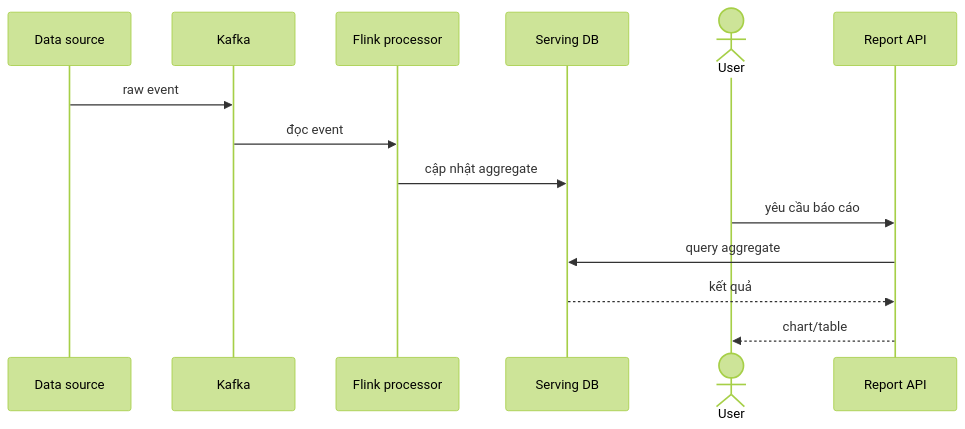
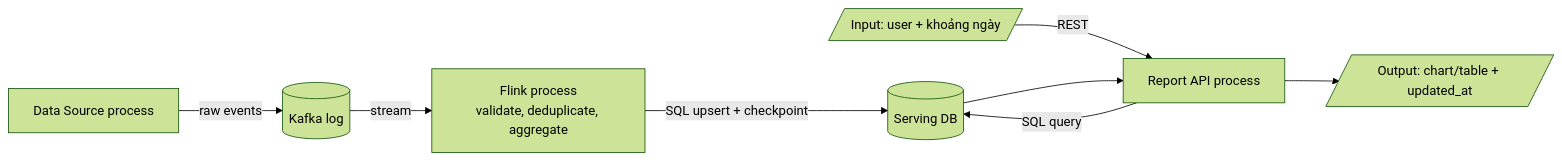
Diagram 11 of 11 in 22-CAU-HOI-VA-DAP-AN.md (khuongduy354/onthi-swe), drawn with Mermaid (forest theme) before and after one commit. The commit also changed other lines of this file, not shown here.

Commit message:
Model process views as runtime flows

````diff
--- a/22-CAU-HOI-VA-DAP-AN.md
+++ b/22-CAU-HOI-VA-DAP-AN.md
@@ -668,16 +687,10 @@
 ```mermaid
-sequenceDiagram
-    participant S as Data source
-    participant K as Kafka
-    participant F as Flink processor
-    participant DB as Serving DB
-    actor U as User
-    participant API as Report API
-    S->>K: raw event
-    K->>F: đọc event
-    F->>DB: cập nhật aggregate
-    U->>API: yêu cầu báo cáo
-    API->>DB: query aggregate
-    DB-->>API: kết quả
-    API-->>U: chart/table
+flowchart LR
+    S[Data Source process] -->|raw events| K[(Kafka log)]
+    K -->|stream| F[Flink process<br/>validate, deduplicate, aggregate]
+    F -->|SQL upsert + checkpoint| DB[(Serving DB)]
+    I[/Input: user + khoảng ngày/] -->|REST| API[Report API process]
+    API -->|SQL query| DB
+    DB --> API
+    API --> O[/Output: chart/table + updated_at/]
 ```
````
